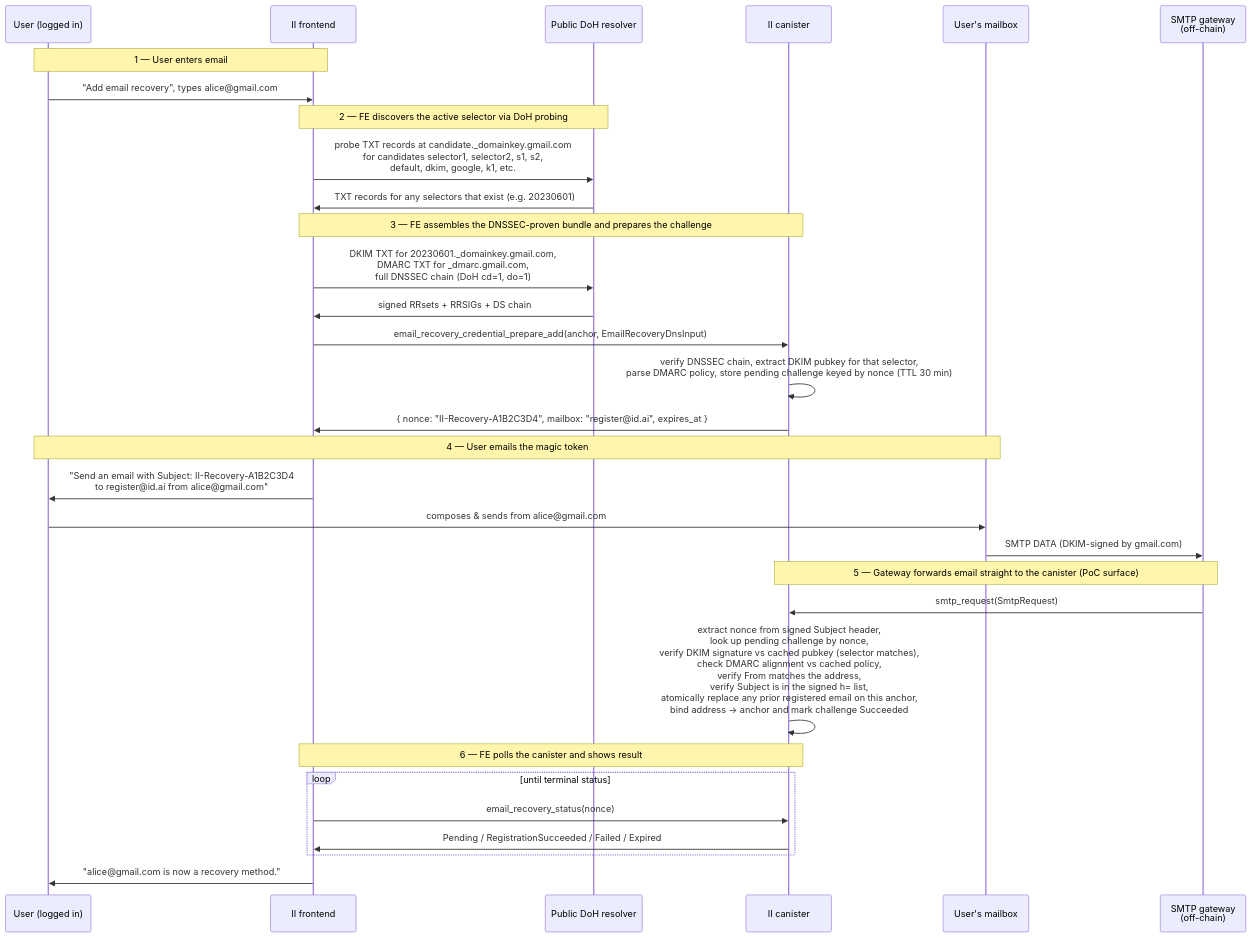
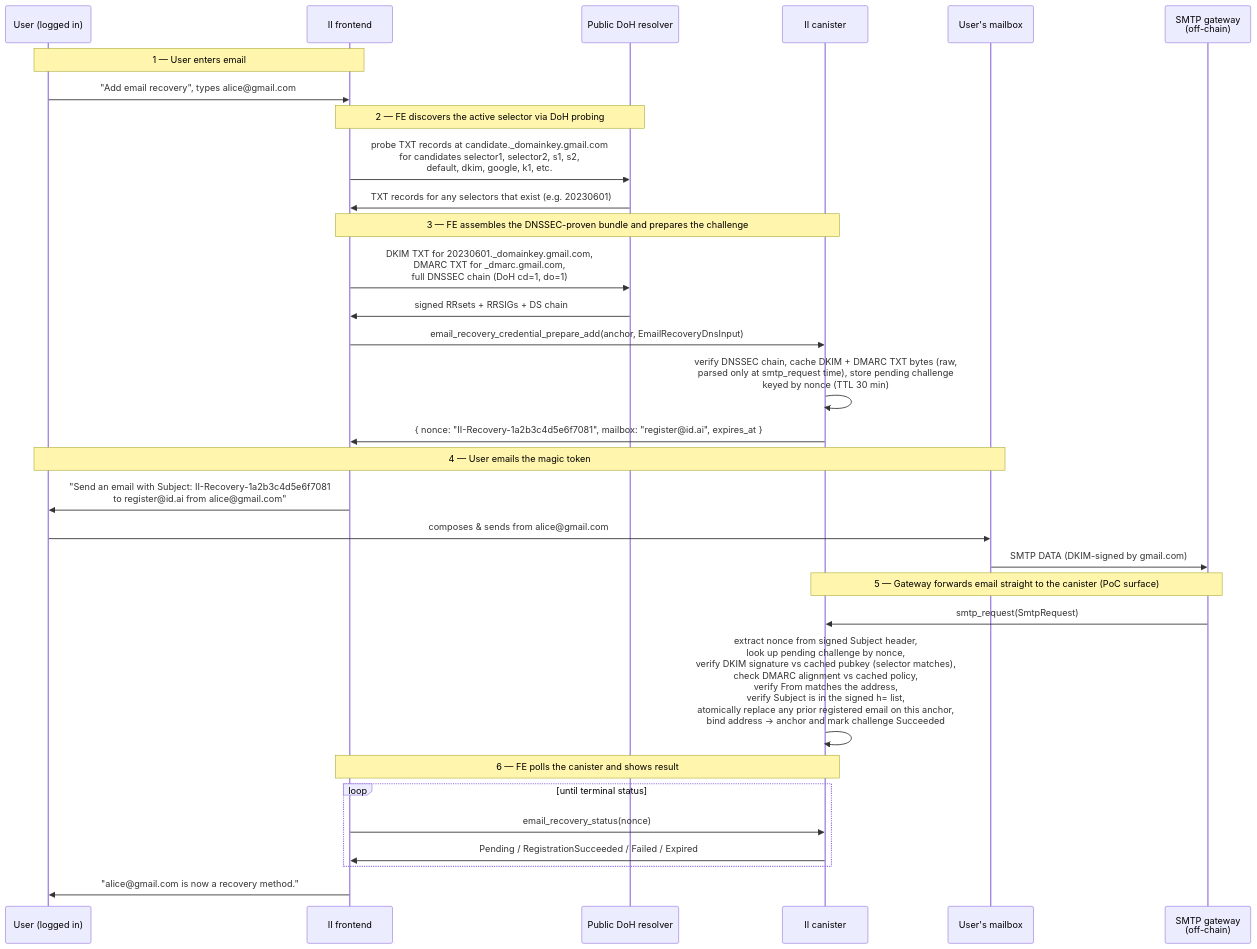
Before and after one commit to dfinity/internet-identity: the second of 3 diagrams in docs/ongoing/email-recovery.md, drawn with Mermaid. The commit also changed other lines of this file, not shown here.

First line of the commit message:
design(email-recovery): reconcile doc with implementation drift

````diff
--- a/docs/ongoing/email-recovery.md
+++ b/docs/ongoing/email-recovery.md
@@ -802,39 +822,39 @@
 ```mermaid
 sequenceDiagram
     participant U as User (logged in)
     participant FE as II frontend
     participant DNS as Public DoH resolver
     participant II as II canister
     participant Mail as User's mailbox
     participant GW as SMTP gateway<br/>(off-chain)
 
     Note over U,FE: 1 — User enters email
     U->>FE: "Add email recovery", types alice@gmail.com
 
     Note over FE,DNS: 2 — FE discovers the active selector via DoH probing
     FE->>DNS: probe TXT records at candidate._domainkey.gmail.com<br/>for candidates selector1, selector2, s1, s2,<br/>default, dkim, google, k1, etc.
     DNS->>FE: TXT records for any selectors that exist (e.g. 20230601)
 
     Note over FE,II: 3 — FE assembles the DNSSEC-proven bundle and prepares the challenge
     FE->>DNS: DKIM TXT for 20230601._domainkey.gmail.com,<br/>DMARC TXT for _dmarc.gmail.com,<br/>full DNSSEC chain (DoH cd=1, do=1)
     DNS->>FE: signed RRsets + RRSIGs + DS chain
     FE->>II: email_recovery_credential_prepare_add(anchor, EmailRecoveryDnsInput)
-    II->>II: verify DNSSEC chain, extract DKIM pubkey for that selector,<br/>parse DMARC policy, store pending challenge keyed by nonce (TTL 30 min)
-    II->>FE: { nonce: "II-Recovery-A1B2C3D4", mailbox: "register@id.ai", expires_at }
+    II->>II: verify DNSSEC chain, cache DKIM + DMARC TXT bytes (raw,<br/>parsed only at smtp_request time), store pending challenge<br/>keyed by nonce (TTL 30 min)
+    II->>FE: { nonce: "II-Recovery-1a2b3c4d5e6f7081", mailbox: "register@id.ai", expires_at }
 
     Note over U,Mail: 4 — User emails the magic token
-    FE->>U: "Send an email with Subject: II-Recovery-A1B2C3D4<br/>to register@id.ai from alice@gmail.com"
+    FE->>U: "Send an email with Subject: II-Recovery-1a2b3c4d5e6f7081<br/>to register@id.ai from alice@gmail.com"
     U->>Mail: composes & sends from alice@gmail.com
     Mail->>GW: SMTP DATA (DKIM-signed by gmail.com)
 
     Note over GW,II: 5 — Gateway forwards email straight to the canister (PoC surface)
     GW->>II: smtp_request(SmtpRequest)
     II->>II: extract nonce from signed Subject header,<br/>look up pending challenge by nonce,<br/>verify DKIM signature vs cached pubkey (selector matches),<br/>check DMARC alignment vs cached policy,<br/>verify From matches the address,<br/>verify Subject is in the signed h= list,<br/>atomically replace any prior registered email on this anchor,<br/>bind address → anchor and mark challenge Succeeded
 
     Note over FE,II: 6 — FE polls the canister and shows result
     loop until terminal status
         FE->>II: email_recovery_status(nonce)
         II->>FE: Pending / RegistrationSucceeded / Failed / Expired
     end
     FE->>U: "alice@gmail.com is now a recovery method."
 ```
````
